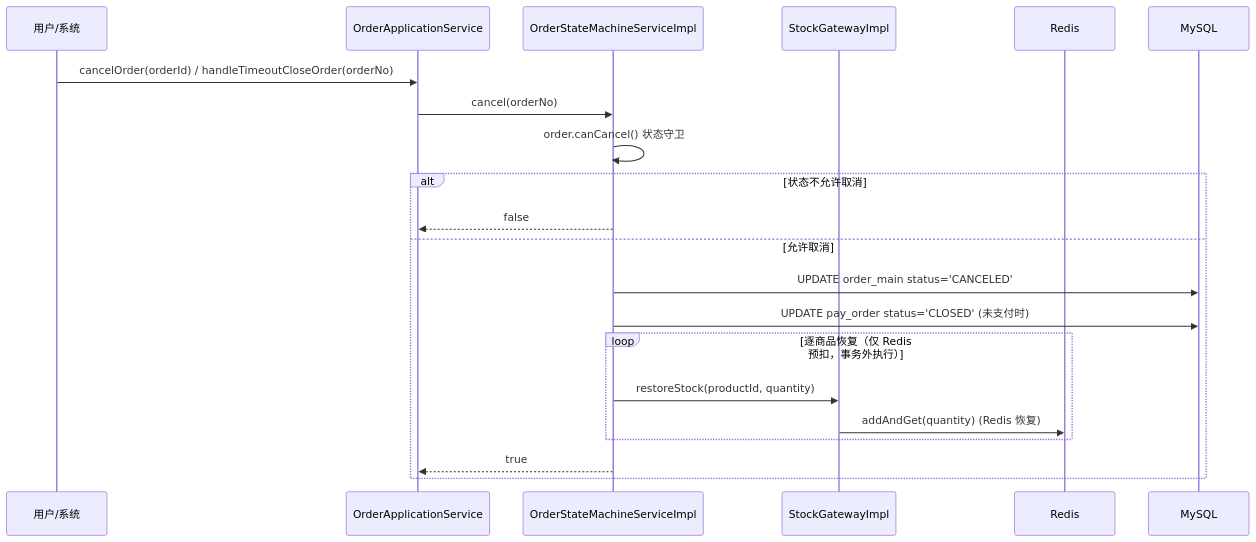
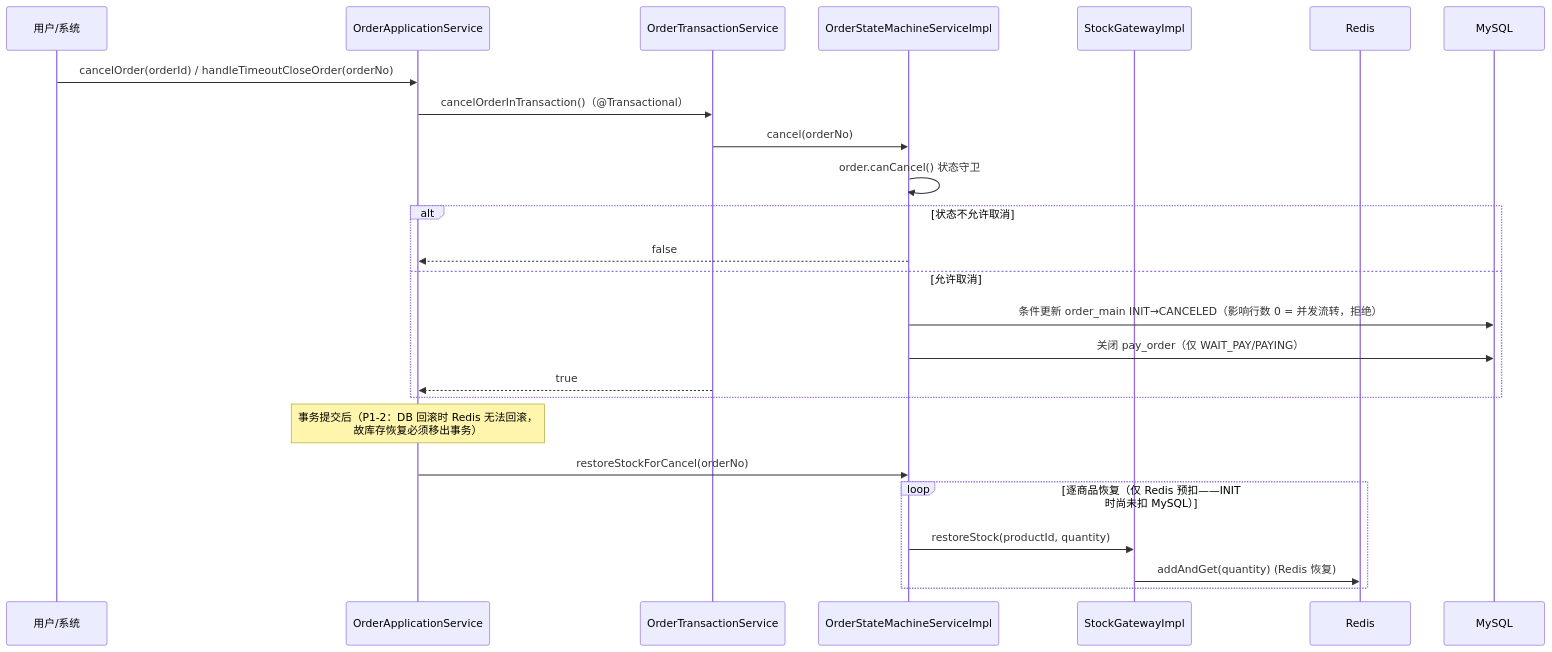
One commit to sxlva/s-pay-mall changed the third of 4 diagrams in docs/design/module-stock.md. Above: the diagram before and after it, drawn with Mermaid. The commit also changed other lines of this file and 3 other files, not shown here.

````diff
--- a/docs/design/module-stock.md
+++ b/docs/design/module-stock.md
@@ -208,25 +204,28 @@
 ```mermaid
 sequenceDiagram
     participant U as 用户/系统
     participant S as OrderApplicationService
+    participant TX as OrderTransactionService
     participant SM as OrderStateMachineServiceImpl
     participant Stock as StockGatewayImpl
     participant R as Redis
     participant DB as MySQL
 
     U->>S: cancelOrder(orderId) / handleTimeoutCloseOrder(orderNo)
-    S->>SM: cancel(orderNo)
+    S->>TX: cancelOrderInTransaction()（@Transactional）
+    TX->>SM: cancel(orderNo)
     SM->>SM: order.canCancel() 状态守卫
     alt 状态不允许取消
         SM-->>S: false
     else 允许取消
-        SM->>DB: UPDATE order_main status='CANCELED'
-        SM->>DB: UPDATE pay_order status='CLOSED' (未支付时)
-
-        loop 逐商品恢复（仅 Redis 预扣，事务外执行）
-            SM->>Stock: restoreStock(productId, quantity)
-            Stock->>R: addAndGet(quantity) (Redis 恢复)
-        end
-        SM-->>S: true
+        SM->>DB: 条件更新 order_main INIT→CANCELED（影响行数 0 = 并发流转，拒绝）
+        SM->>DB: 关闭 pay_order（仅 WAIT_PAY/PAYING）
+        TX-->>S: true
+    end
+    Note over S: 事务提交后（P1-2：DB 回滚时 Redis 无法回滚，<br/>故库存恢复必须移出事务）
+    S->>SM: restoreStockForCancel(orderNo)
+    loop 逐商品恢复（仅 Redis 预扣——INIT 时尚未扣 MySQL）
+        SM->>Stock: restoreStock(productId, quantity)
+        Stock->>R: addAndGet(quantity) (Redis 恢复)
     end
 ```
````
